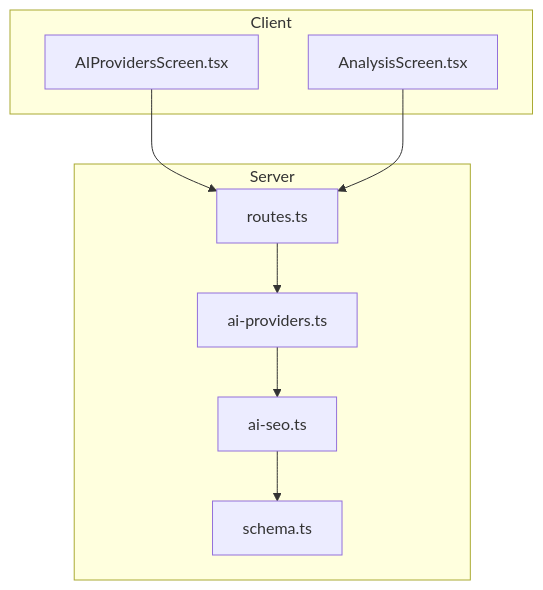
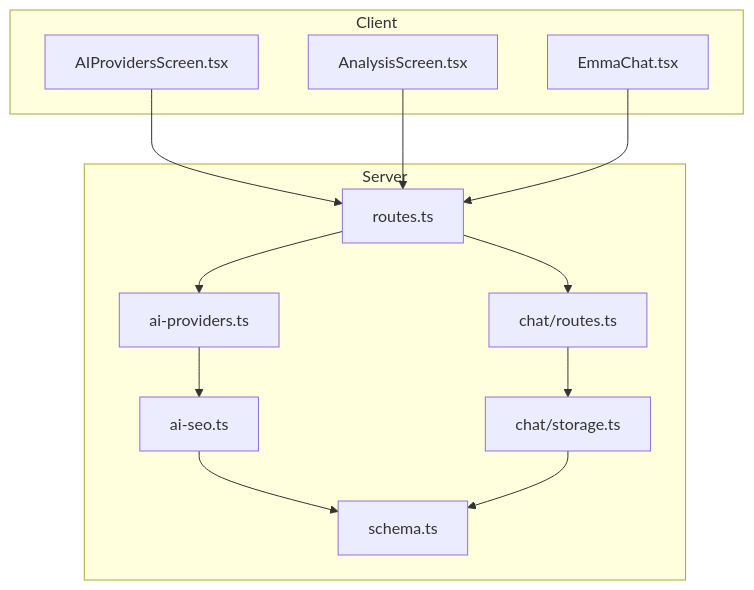
One commit to hunglevi87/Hidden-Gem changed the first of 15 diagrams in .qoder/repowiki/en/content/AI Integration/AI Provider System.md. Above: the diagram before and after it, drawn with Mermaid. The commit also changed other lines of this file and 14 other files, not shown here.

````diff
--- a/.qoder/repowiki/en/content/AI Integration/AI Provider System.md
+++ b/.qoder/repowiki/en/content/AI Integration/AI Provider System.md
@@ -46,18 +48,25 @@
 ```mermaid
 graph TB
 subgraph "Client"
 UI_Providers["AIProvidersScreen.tsx"]
 UI_Analysis["AnalysisScreen.tsx"]
+EmmaChat["EmmaChat.tsx"]
 end
 subgraph "Server"
 Routes["routes.ts"]
 Factory["ai-providers.ts"]
 SEO["ai-seo.ts"]
 DB["schema.ts"]
+ChatRoutes["chat/routes.ts"]
+ChatStorage["chat/storage.ts"]
 end
 UI_Providers --> Routes
 UI_Analysis --> Routes
+EmmaChat --> Routes
 Routes --> Factory
 Factory --> SEO
 SEO --> DB
+Routes --> ChatRoutes
+ChatRoutes --> ChatStorage
+ChatStorage --> DB
 ```
````
